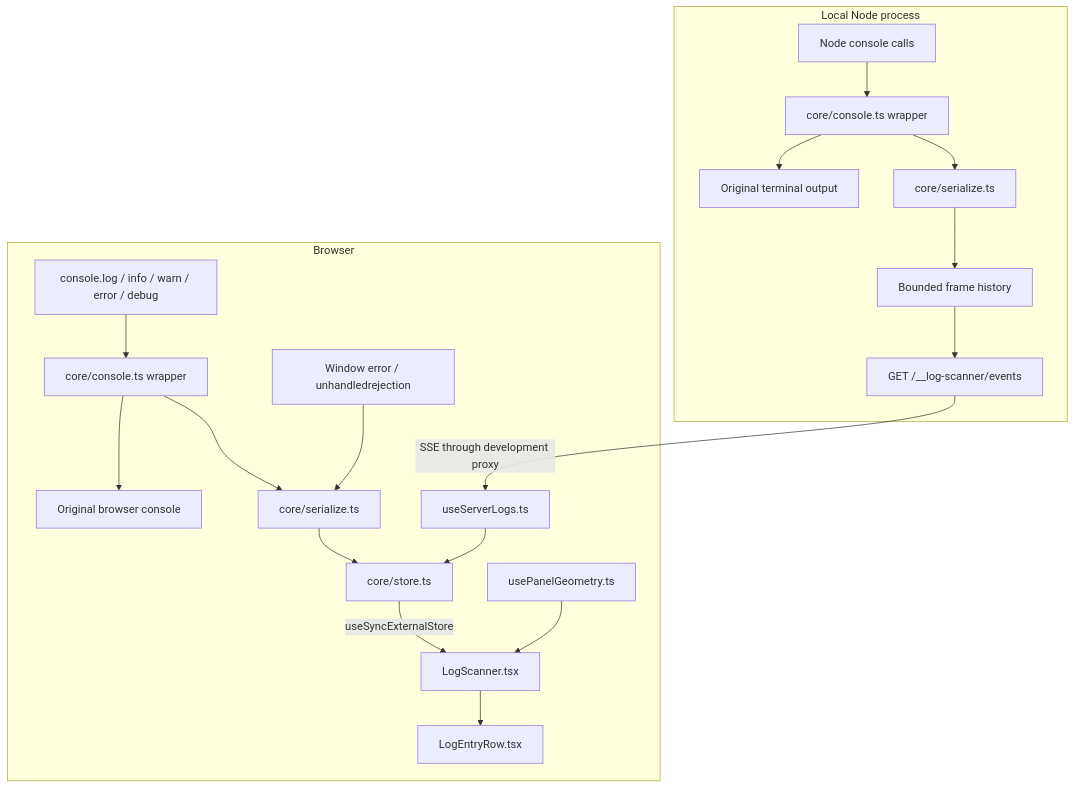
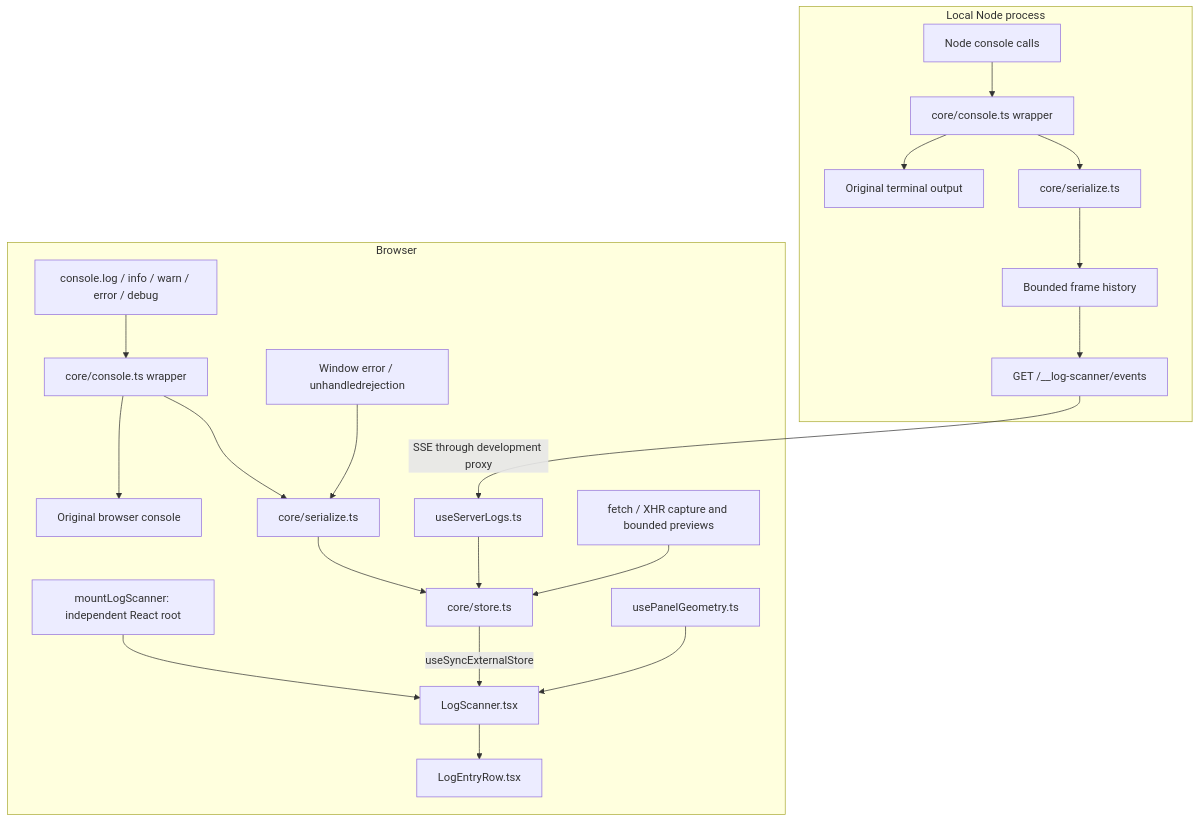
The diagram in flow.md (himangshukamila/logScanner-library), drawn with Mermaid before and after one commit. The commit also changed other lines of this file and 20 other files, not shown here.

````diff
--- a/flow.md
+++ b/flow.md
@@ -59,38 +61,42 @@
 ```mermaid
 flowchart TB
     subgraph Browser
         BC[console.log / info / warn / error / debug]
         BW[core/console.ts wrapper]
         BO[Original browser console]
         BE[Window error / unhandledrejection]
         BS[core/serialize.ts]
         ST[core/store.ts]
         ES[useServerLogs.ts]
         UI[LogScanner.tsx]
         ROW[LogEntryRow.tsx]
         GEO[usePanelGeometry.ts]
+        MOUNT[mountLogScanner: independent React root]
+        NET[fetch / XHR capture and bounded previews]
         BC --> BW
         BW --> BO
         BW --> BS
         BE --> BS
         BS --> ST
         ES --> ST
+        NET --> ST
+        MOUNT --> UI
         ST -->|useSyncExternalStore| UI
         UI --> ROW
         GEO --> UI
     end
     subgraph NodeProcess[Local Node process]
         NC[Node console calls]
         NW[core/console.ts wrapper]
         NO[Original terminal output]
         NS[core/serialize.ts]
         NH[Bounded frame history]
         HTTP[GET /__log-scanner/events]
         NC --> NW
         NW --> NO
         NW --> NS
         NS --> NH
         NH --> HTTP
     end
     HTTP -->|SSE through development proxy| ES
 ```
````
